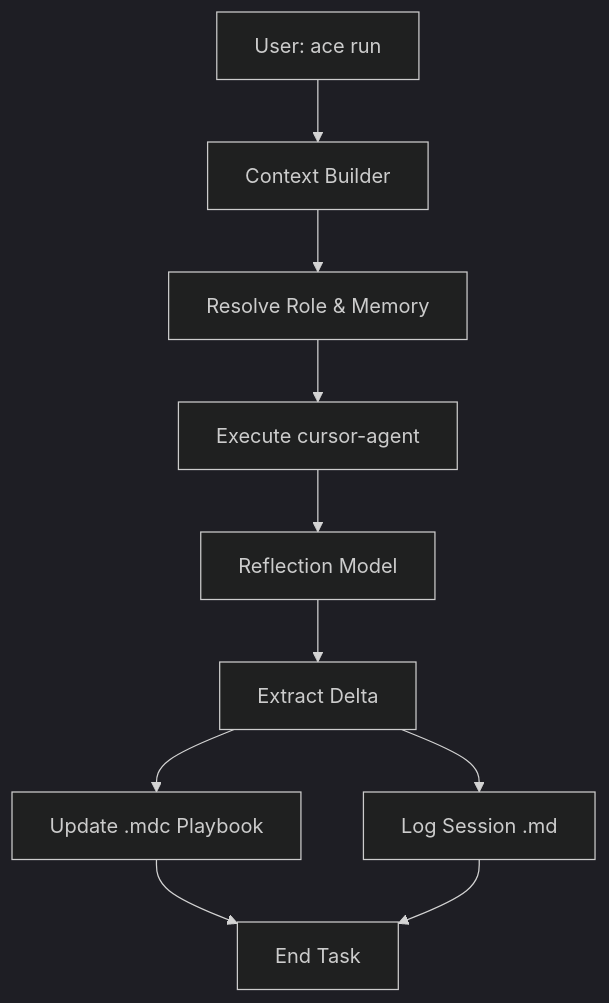
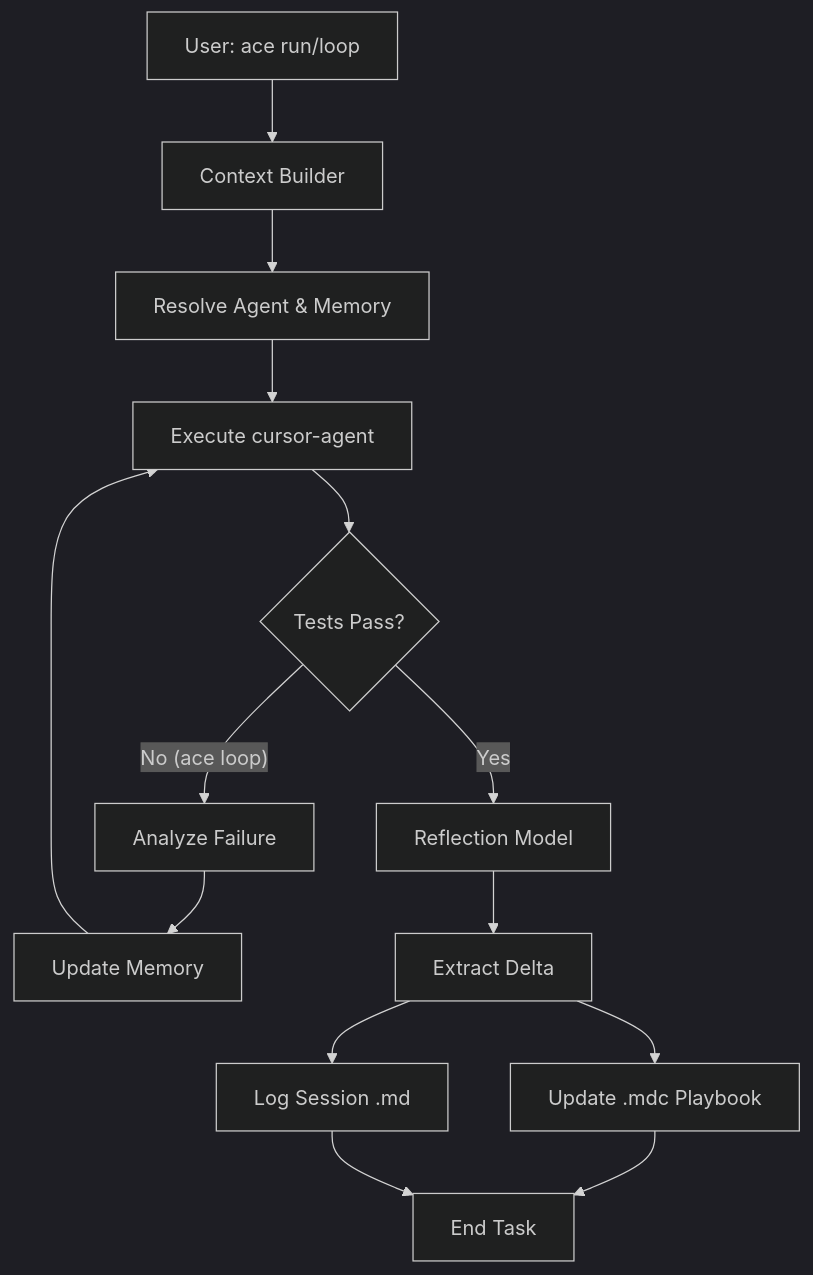
Before and after one commit to jmfk/cursor-ace-orchestrator: the diagram in workflow.md, drawn with Mermaid (dark theme). The commit also changed other lines of this file and 1 other file, not shown here.

First line of the commit message:
Update PRD-01 and Workflow with SOPs, Agent Teams, QA, Subscriptions, and Token Management

````diff
--- a/workflow.md
+++ b/workflow.md
@@ -63,12 +68,16 @@
 ```mermaid
 graph TD
-    A[User: ace run] --> B[Context Builder]
-    B --> C[Resolve Role & Memory]
+    A[User: ace run/loop] --> B[Context Builder]
+    B --> C[Resolve Agent & Memory]
     C --> D[Execute cursor-agent]
-    D --> E[Reflection Model]
-    E --> F[Extract Delta]
-    F --> G[Update .mdc Playbook]
-    F --> H[Log Session .md]
-    G --> I[End Task]
-    H --> I
+    D --> E{Tests Pass?}
+    E -- No (ace loop) --> F[Analyze Failure]
+    F --> G[Update Memory]
+    G --> D
+    E -- Yes --> H[Reflection Model]
+    H --> I[Extract Delta]
+    I --> J[Update .mdc Playbook]
+    I --> K[Log Session .md]
+    J --> L[End Task]
+    K --> L
 ```
````
